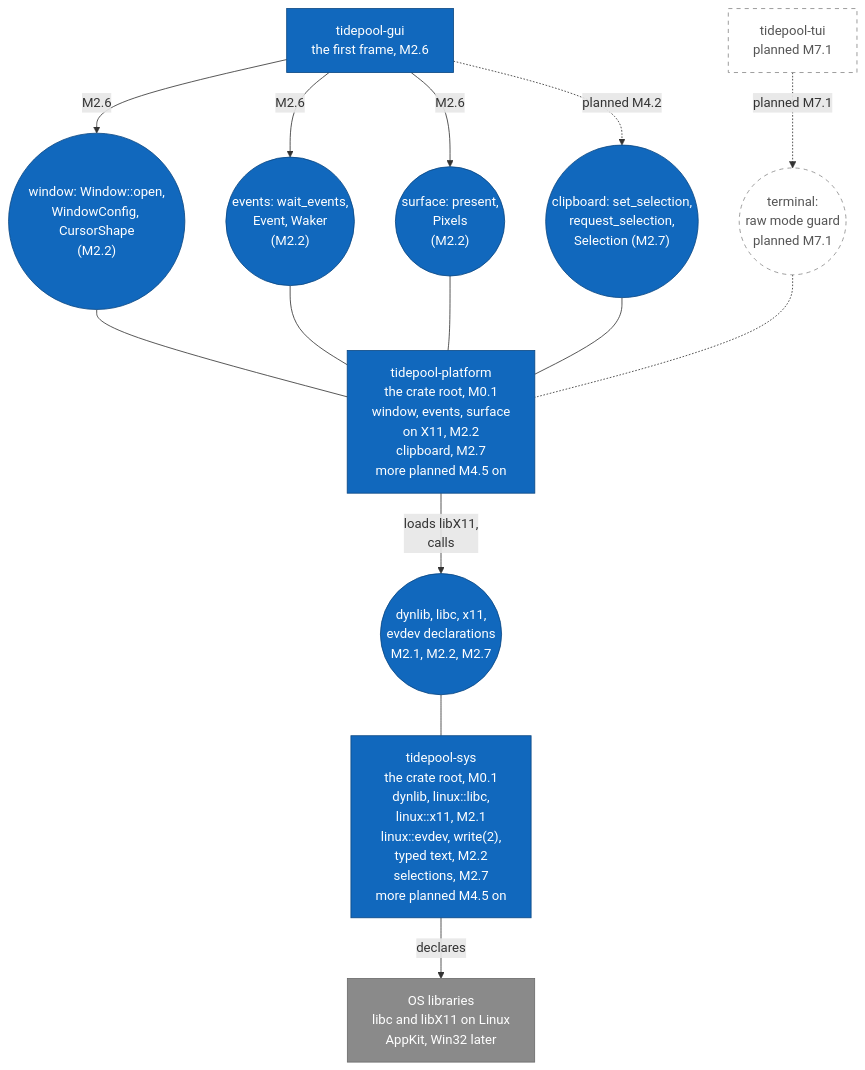
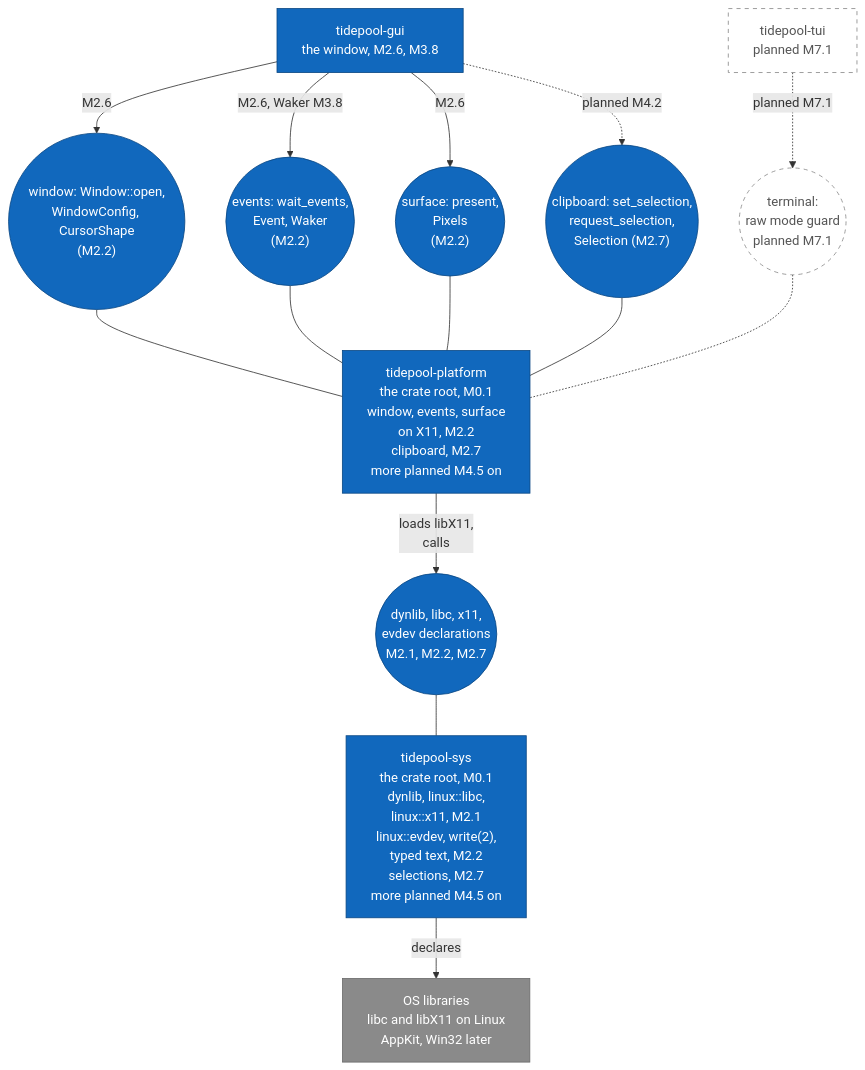
One commit to jabbott-iii/Tidepool changed the seventh of 21 diagrams in diagrams/component-diagrams.md. Above: the diagram before and after it, drawn with Mermaid. The commit also changed other lines of this file and 27 other files, not shown here.

````diff
--- a/diagrams/component-diagrams.md
+++ b/diagrams/component-diagrams.md
@@ -438,40 +441,40 @@
 ```mermaid
 flowchart TB
-    c_gui["tidepool-gui<br/>the first frame, M2.6"]
+    c_gui["tidepool-gui<br/>the window, M2.6, M3.8"]
     c_tui["tidepool-tui<br/>planned M7.1"]
 
     i_window(("window: Window::open,<br/>WindowConfig, CursorShape<br/>(M2.2)"))
     i_events(("events: wait_events,<br/>Event, Waker<br/>(M2.2)"))
     i_surface(("surface: present,<br/>Pixels<br/>(M2.2)"))
     i_clip(("clipboard: set_selection,<br/>request_selection,<br/>Selection (M2.7)"))
     i_terminal(("terminal:<br/>raw mode guard<br/>planned M7.1"))
 
     c_platform["tidepool-platform<br/>the crate root, M0.1<br/>window, events, surface<br/>on X11, M2.2<br/>clipboard, M2.7<br/>more planned M4.5 on"]
     i_decl(("dynlib, libc, x11,<br/>evdev declarations<br/>M2.1, M2.2, M2.7"))
     c_sys["tidepool-sys<br/>the crate root, M0.1<br/>dynlib, linux::libc,<br/>linux::x11, M2.1<br/>linux::evdev, write(2),<br/>typed text, M2.2<br/>selections, M2.7<br/>more planned M4.5 on"]
     e_os["OS libraries<br/>libc and libX11 on Linux<br/>AppKit, Win32 later"]
 
     c_gui -->|"M2.6"| i_window
-    c_gui -->|"M2.6"| i_events
+    c_gui -->|"M2.6, Waker M3.8"| i_events
     c_gui -->|"M2.6"| i_surface
     c_gui -.->|"planned M4.2"| i_clip
     c_tui -.->|"planned M7.1"| i_terminal
 
     i_window --- c_platform
     i_events --- c_platform
     i_surface --- c_platform
     i_clip --- c_platform
     i_terminal -.- c_platform
 
     c_platform -->|"loads libX11,<br/>calls"| i_decl
     i_decl --- c_sys
     c_sys -->|"declares"| e_os
 
     classDef built fill:#1168bd,stroke:#0b4884,color:#ffffff
     classDef external fill:#8a8a8a,stroke:#6b6b6b,color:#ffffff
     classDef planned fill:#ffffff,stroke:#888888,stroke-dasharray: 5 5,color:#555555
     class c_platform,c_sys,c_gui,i_decl,i_window,i_events,i_surface,i_clip built
     class c_tui planned
     class i_terminal planned
     class e_os external
 ```
````
